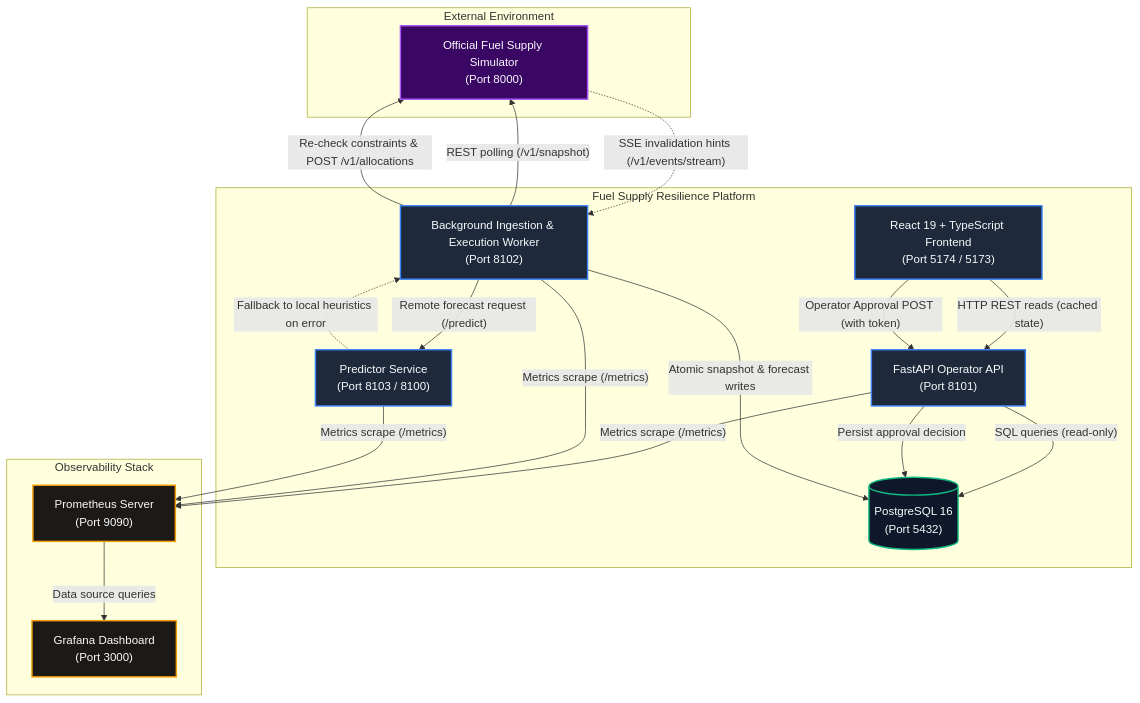
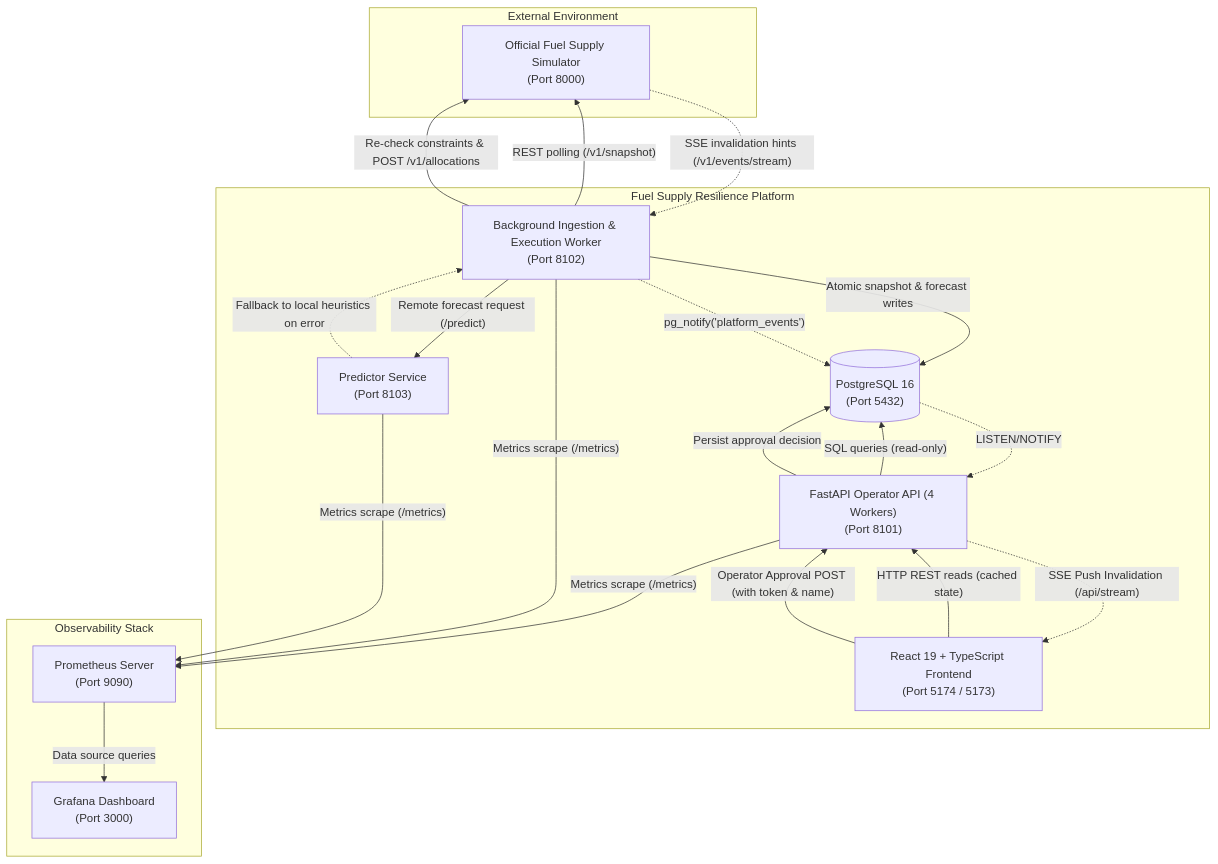
The diagram in README.md (thunderstorm009/fuel_simulator), drawn with Mermaid before and after one commit. The commit also changed other lines of this file and 18 other files, not shown here.

Commit message:
docs: WP13.4 comprehensive documentation consolidation, problem understanding, architecture diagrams, and claims ledger

````diff
--- a/README.md
+++ b/README.md
@@ -83,51 +79,44 @@
 ```mermaid
 flowchart TD
     subgraph External["External Environment"]
         SIM["Official Fuel Supply Simulator\n(Port 8000)"]
     end
 
     subgraph Platform["Fuel Supply Resilience Platform"]
         UI["React 19 + TypeScript Frontend\n(Port 5174 / 5173)"]
-        API["FastAPI Operator API\n(Port 8101)"]
+        API["FastAPI Operator API (4 Workers)\n(Port 8101)"]
         WORKER["Background Ingestion & Execution Worker\n(Port 8102)"]
-        PRED["Predictor Service\n(Port 8103 / 8100)"]
+        PRED["Predictor Service\n(Port 8103)"]
         DB[("PostgreSQL 16\n(Port 5432)")]
     end
 
     subgraph Observability["Observability Stack"]
         PROM["Prometheus Server\n(Port 9090)"]
         GRAF["Grafana Dashboard\n(Port 3000)"]
     end
 
     %% Read Path
     UI -->|"HTTP REST reads (cached state)"| API
     API -->|"SQL queries (read-only)"| DB
-    UI -->|"Operator Approval POST (with token)"| API
+    UI -->|"Operator Approval POST (with token & name)"| API
     API -->|"Persist approval decision"| DB
+    API -.->|"SSE Push Invalidation (/api/stream)"| UI
 
     %% Ingestion & Background Path
     WORKER -->|"REST polling (/v1/snapshot)"| SIM
     SIM -.->|"SSE invalidation hints (/v1/events/stream)"| WORKER
     WORKER -->|"Atomic snapshot & forecast writes"| DB
     WORKER -->|"Remote forecast request (/predict)"| PRED
     PRED -.->|"Fallback to local heuristics on error"| WORKER
+    WORKER -.->|"pg_notify('platform_events')"| DB
+    DB -.->|"LISTEN/NOTIFY"| API
 
     %% Write Path (Strictly Guarded)
     WORKER -->|"Re-check constraints & POST /v1/allocations"| SIM
 
     %% Metrics Scrape
     API -->|"Metrics scrape (/metrics)"| PROM
     WORKER -->|"Metrics scrape (/metrics)"| PROM
     PRED -->|"Metrics scrape (/metrics)"| PROM
     PROM -->|"Data source queries"| GRAF
-
-    classDef primary fill:#1e293b,stroke:#3b82f6,stroke-width:2px,color:#f8fafc;
-    classDef storage fill:#0f172a,stroke:#10b981,stroke-width:2px,color:#f8fafc;
-    classDef external fill:#3b0764,stroke:#a855f7,stroke-width:2px,color:#f8fafc;
-    classDef obs fill:#1c1917,stroke:#f59e0b,stroke-width:2px,color:#f8fafc;
-
-    class UI,API,WORKER,PRED primary;
-    class DB storage;
-    class SIM external;
-    class PROM,GRAF obs;
 ```
````
